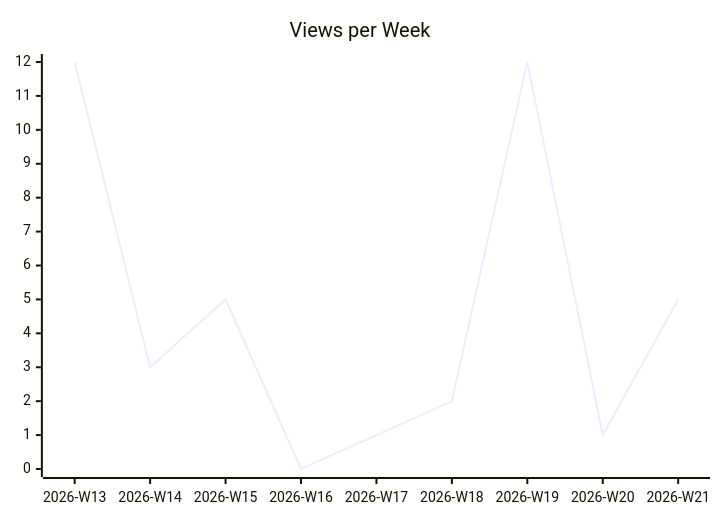
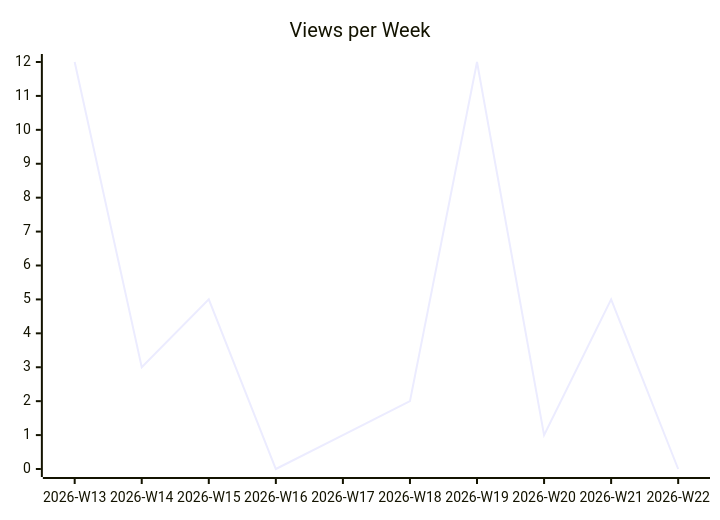
One commit to justdavis-family/github-analytics-data changed the second of 3 diagrams in karlmdavis/xmlpull/README.md. Above: the diagram before and after it, drawn with Mermaid. The commit also changed other lines of this file and 190 other files, not shown here.

````diff
--- a/karlmdavis/xmlpull/README.md
+++ b/karlmdavis/xmlpull/README.md
@@ -12,6 +12,6 @@
 ```mermaid
 xychart-beta
   title "Views per Week"
-  x-axis ["2026-W13", "2026-W14", "2026-W15", "2026-W16", "2026-W17", "2026-W18", "2026-W19", "2026-W20", "2026-W21"]
-  line [12, 3, 5, 0, 1, 2, 12, 1, 5]
+  x-axis ["2026-W13", "2026-W14", "2026-W15", "2026-W16", "2026-W17", "2026-W18", "2026-W19", "2026-W20", "2026-W21", "2026-W22"]
+  line [12, 3, 5, 0, 1, 2, 12, 1, 5, 0]
 ```
````
